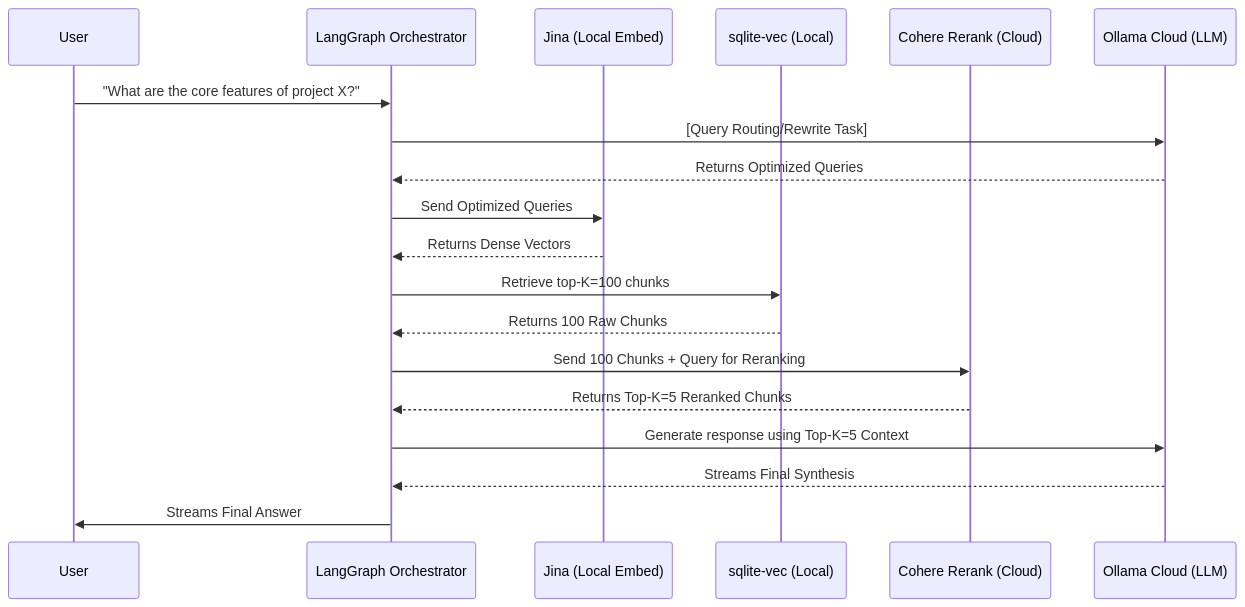
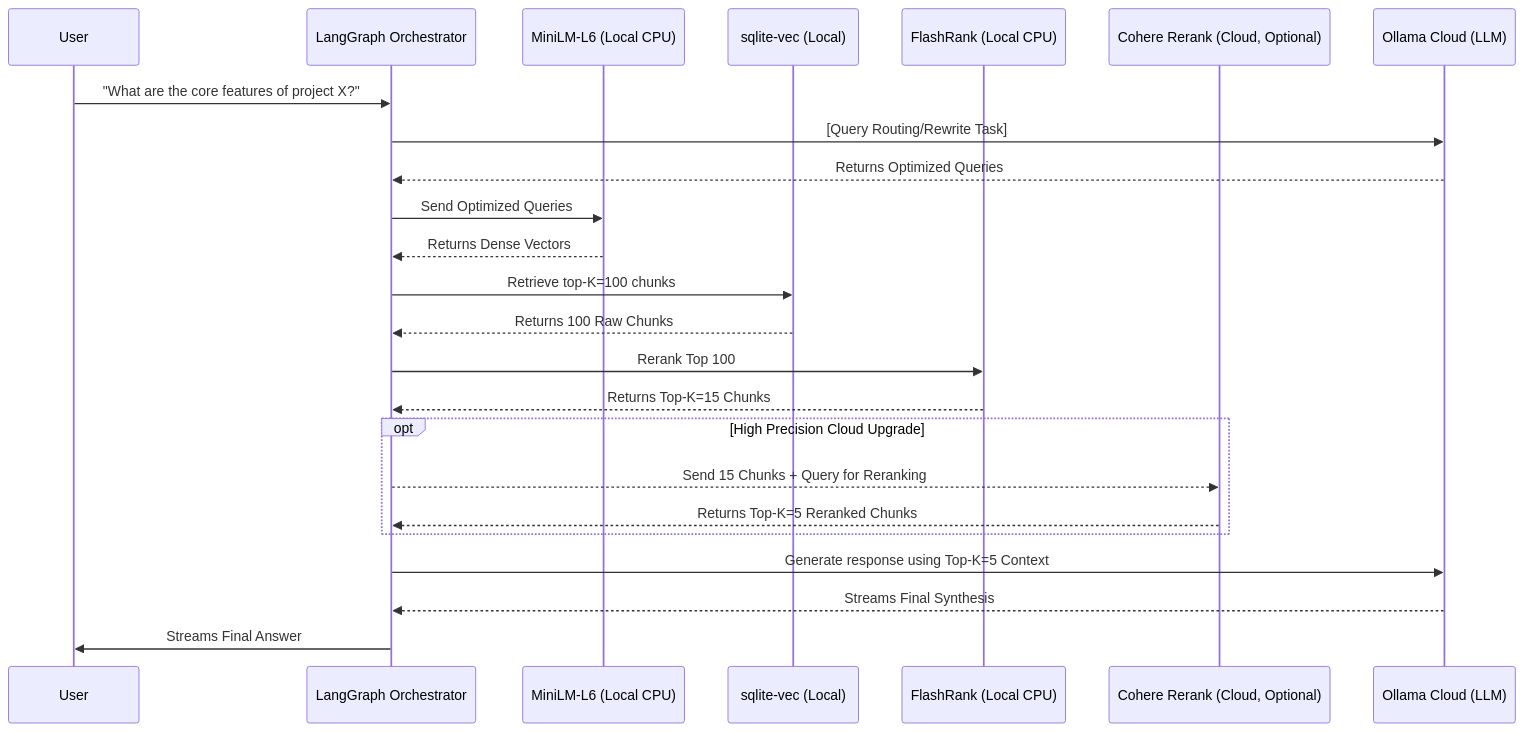
The second of 7 diagrams in rag_final_architecture_2026.md (dpsdagain/RAG), drawn with Mermaid before and after one commit. The commit also changed other lines of this file and 6 other files, not shown here.

Commit message:
docs: refactor RAG architecture to strict 0-VRAM CPU-first baseline

````diff
--- a/rag_final_architecture_2026.md
+++ b/rag_final_architecture_2026.md
@@ -55,26 +55,32 @@
 ```mermaid
 sequenceDiagram
     participant User
     participant LangGraph as LangGraph Orchestrator
-    participant Jina as Jina (Local Embed)
+    participant Embed as MiniLM-L6 (Local CPU)
     participant VecDB as sqlite-vec (Local)
-    participant Cohere as Cohere Rerank (Cloud)
+    participant FlashRank as FlashRank (Local CPU)
+    participant Cohere as Cohere Rerank (Cloud, Optional)
     participant Ollama as Ollama Cloud (LLM)
 
     User->>LangGraph: "What are the core features of project X?"
     LangGraph->>Ollama: [Query Routing/Rewrite Task]
     Ollama-->>LangGraph: Returns Optimized Queries
     
-    LangGraph->>Jina: Send Optimized Queries
-    Jina-->>LangGraph: Returns Dense Vectors
+    LangGraph->>Embed: Send Optimized Queries
+    Embed-->>LangGraph: Returns Dense Vectors
     
     LangGraph->>VecDB: Retrieve top-K=100 chunks
     VecDB-->>LangGraph: Returns 100 Raw Chunks
     
-    LangGraph->>Cohere: Send 100 Chunks + Query for Reranking
-    Cohere-->>LangGraph: Returns Top-K=5 Reranked Chunks
+    LangGraph->>FlashRank: Rerank Top 100
+    FlashRank-->>LangGraph: Returns Top-K=15 Chunks
+    
+    opt High Precision Cloud Upgrade
+        LangGraph-->>Cohere: Send 15 Chunks + Query for Reranking
+        Cohere-->>LangGraph: Returns Top-K=5 Reranked Chunks
+    end
     
     LangGraph->>Ollama: Generate response using Top-K=5 Context
     Ollama-->>LangGraph: Streams Final Synthesis
     LangGraph->>User: Streams Final Answer
 ```
````
